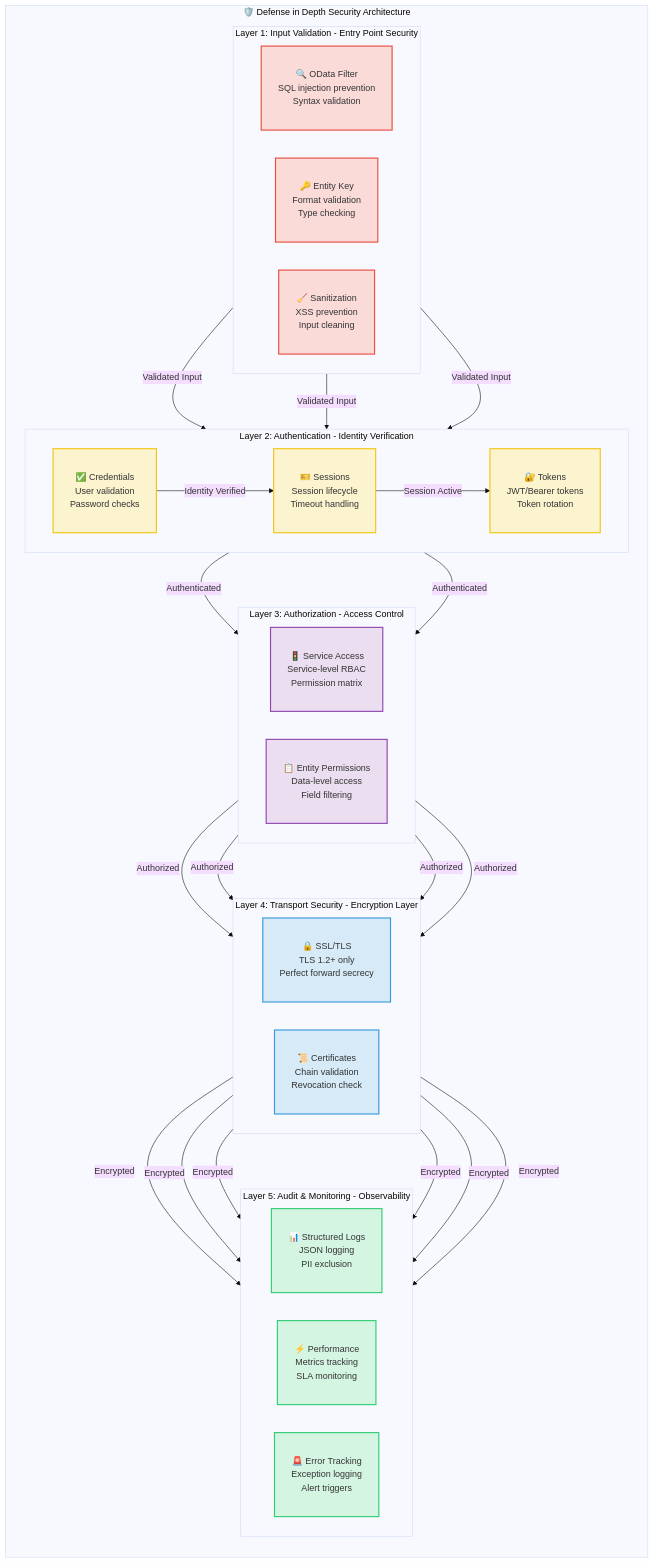
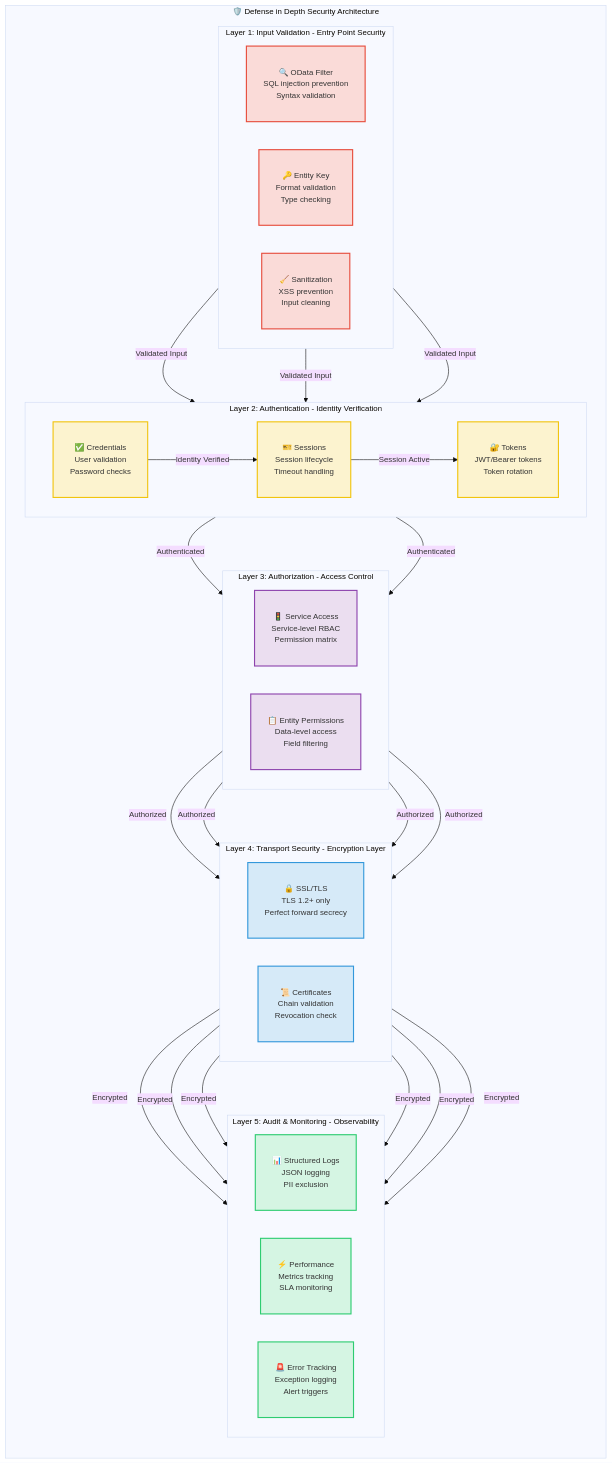
Before and after one commit to midasol/sap-mcp-server: the fifth of 5 diagrams in README.md, drawn with Mermaid.

Commit message:
README.md updated

````diff
--- a/README.md
+++ b/README.md
@@ -328,59 +328,59 @@
 ```mermaid
-%%{init: {'theme':'base', 'themeVariables': {'fontSize':'16px', 'fontFamily':'arial'}}}%%
+%%{init: {'theme':'base', 'themeVariables': {'fontSize':'14px', 'fontFamily':'arial'}}}%%
 graph TB
     subgraph security["🛡️ Defense in Depth Security Architecture"]
         direction TB
 
         subgraph layer1["Layer 1: Input Validation - Entry Point Security"]
             direction LR
             L1A["🔍 OData Filter<br/>SQL injection prevention<br/>Syntax validation"]
             L1B["🔑 Entity Key<br/>Format validation<br/>Type checking"]
             L1C["🧹 Sanitization<br/>XSS prevention<br/>Input cleaning"]
         end
 
         subgraph layer2["Layer 2: Authentication - Identity Verification"]
             direction LR
             L2A["✅ Credentials<br/>User validation<br/>Password checks"]
             L2B["🎫 Sessions<br/>Session lifecycle<br/>Timeout handling"]
             L2C["🔐 Tokens<br/>JWT/Bearer tokens<br/>Token rotation"]
         end
 
         subgraph layer3["Layer 3: Authorization - Access Control"]
             direction LR
             L3A["🚦 Service Access<br/>Service-level RBAC<br/>Permission matrix"]
             L3B["📋 Entity Permissions<br/>Data-level access<br/>Field filtering"]
         end
 
         subgraph layer4["Layer 4: Transport Security - Encryption Layer"]
             direction LR
             L4A["🔒 SSL/TLS<br/>TLS 1.2+ only<br/>Perfect forward secrecy"]
             L4B["📜 Certificates<br/>Chain validation<br/>Revocation check"]
         end
 
         subgraph layer5["Layer 5: Audit & Monitoring - Observability"]
             direction LR
             L5A["📊 Structured Logs<br/>JSON logging<br/>PII exclusion"]
             L5B["⚡ Performance<br/>Metrics tracking<br/>SLA monitoring"]
             L5C["🚨 Error Tracking<br/>Exception logging<br/>Alert triggers"]
         end
     end
 
     L1A & L1B & L1C -->|Validated Input| L2A
     L2A -->|Identity Verified| L2B
     L2B -->|Session Active| L2C
     L2C -->|Authenticated| L3A & L3B
     L3A & L3B -->|Authorized| L4A & L4B
     L4A & L4B -->|Encrypted| L5A & L5B & L5C
 
     classDef inputNode fill:#FADBD8,stroke:#E74C3C,stroke-width:2px,padding:15px
     classDef authNode fill:#FCF3CF,stroke:#F1C40F,stroke-width:2px,padding:15px
     classDef authzNode fill:#EBDEF0,stroke:#8E44AD,stroke-width:2px,padding:15px
     classDef transportNode fill:#D6EAF8,stroke:#3498DB,stroke-width:2px,padding:15px
     classDef auditNode fill:#D5F5E3,stroke:#2ECC71,stroke-width:2px,padding:15px
 
     class L1A,L1B,L1C inputNode
     class L2A,L2B,L2C authNode
     class L3A,L3B authzNode
     class L4A,L4B transportNode
     class L5A,L5B,L5C auditNode
 ```
````
